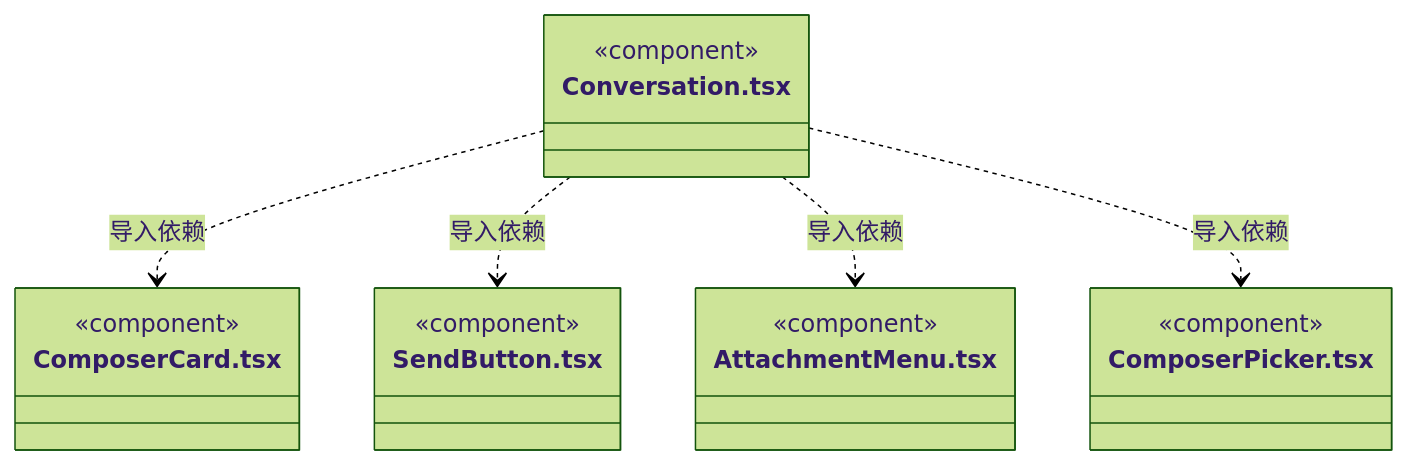
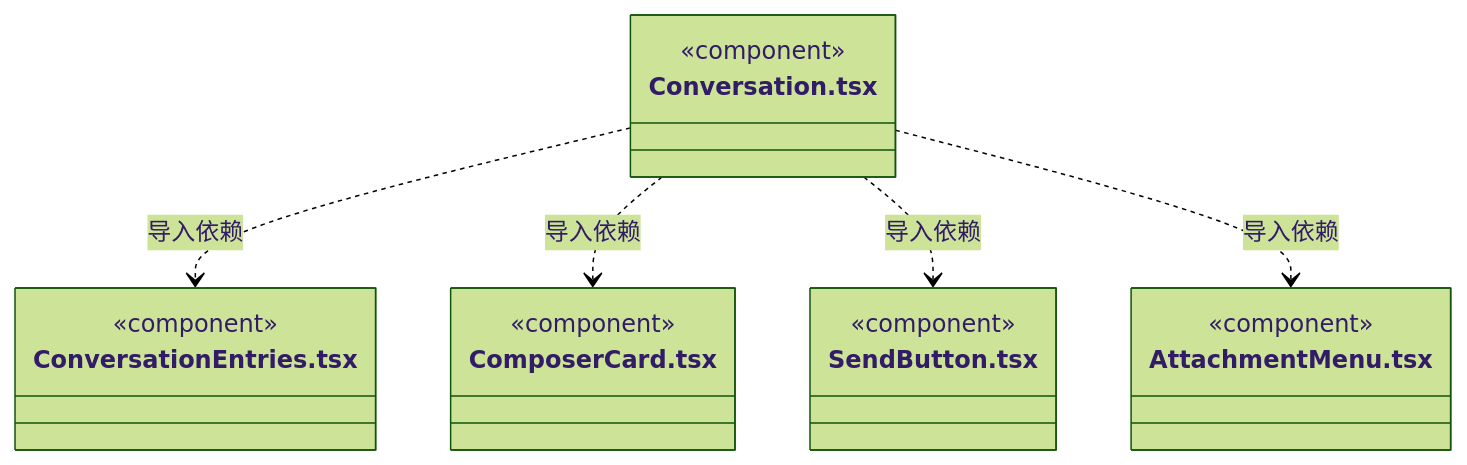
Diagram 46 of 53 in src/view/conversation/ARCHITECTURE.md (nan023062/cbim), drawn with Mermaid (forest theme) before and after one commit. The commit also changed other lines of this file and 37 other files, not shown here.

Commit message:
feat: manage engines in conversation picker (#95)

````diff
--- a/src/view/conversation/ARCHITECTURE.md
+++ b/src/view/conversation/ARCHITECTURE.md
@@ -669,22 +692,22 @@
 ```mermaid
 classDiagram
 class N_src_view_conversation_Conversation_tsx["Conversation.tsx"] {
+  <<component>>
+}
+class N_src_view_conversation_ConversationEntries_tsx["ConversationEntries.tsx"] {
   <<component>>
 }
 class N_src_view_conversation_ComposerCard_tsx["ComposerCard.tsx"] {
   <<component>>
 }
 class N_src_view_conversation_SendButton_tsx["SendButton.tsx"] {
   <<component>>
 }
 class N_src_view_conversation_AttachmentMenu_tsx["AttachmentMenu.tsx"] {
   <<component>>
 }
-class N_src_view_conversation_ComposerPicker_tsx["ComposerPicker.tsx"] {
-  <<component>>
-}
+N_src_view_conversation_Conversation_tsx ..> N_src_view_conversation_ConversationEntries_tsx : 导入依赖
 N_src_view_conversation_Conversation_tsx ..> N_src_view_conversation_ComposerCard_tsx : 导入依赖
 N_src_view_conversation_Conversation_tsx ..> N_src_view_conversation_SendButton_tsx : 导入依赖
 N_src_view_conversation_Conversation_tsx ..> N_src_view_conversation_AttachmentMenu_tsx : 导入依赖
-N_src_view_conversation_Conversation_tsx ..> N_src_view_conversation_ComposerPicker_tsx : 导入依赖
 ```
````
